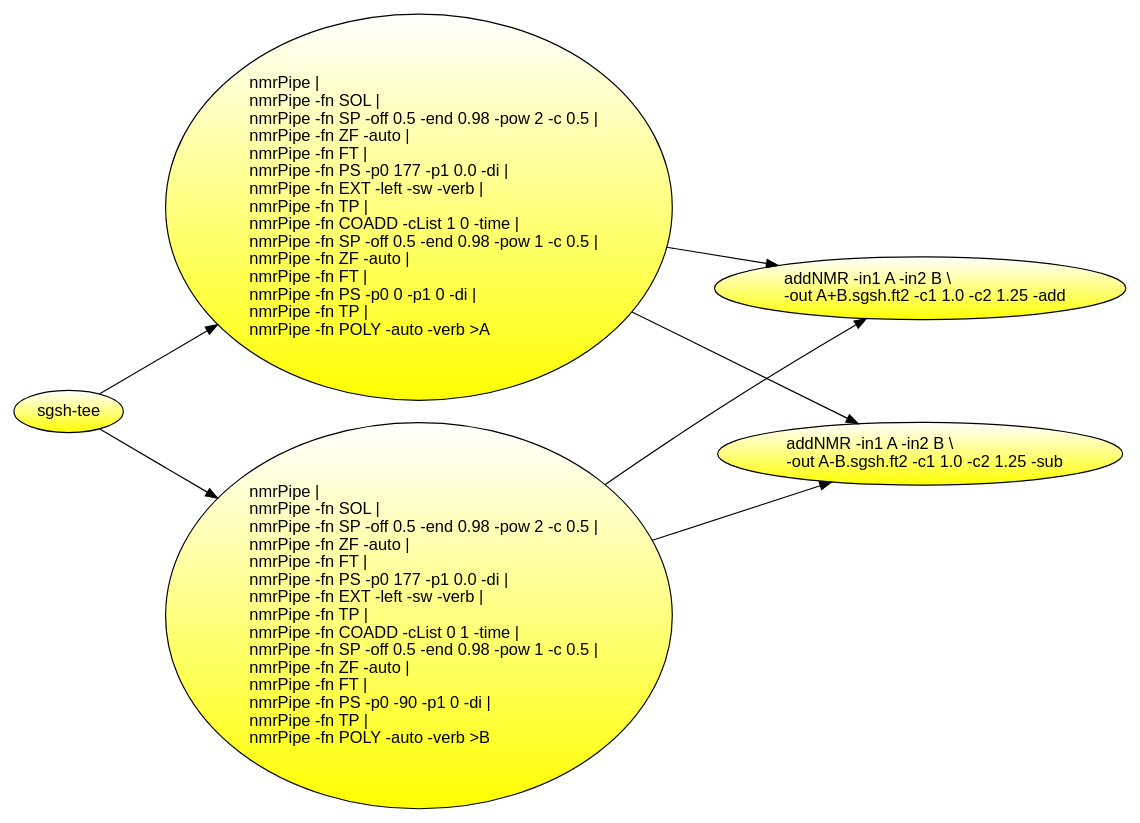
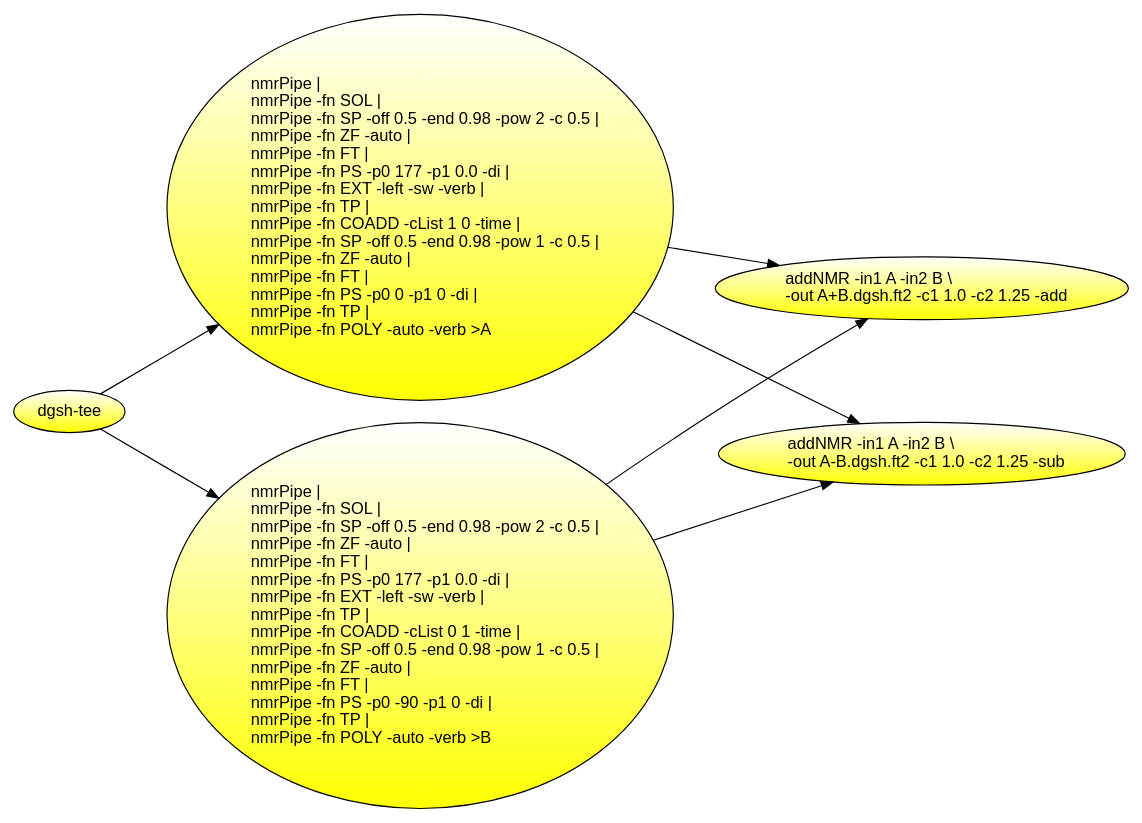
One commit to dspinellis/dgsh changed the diagram in diagram/NMRPipe-pretty-full.dot. Above: the diagram before and after it, drawn with Graphviz. The commit also changed 253 other files, not shown here.

First line of the commit message:
Rename sgsh into dgsh

```diff
--- a/diagram/NMRPipe-pretty-full.dot
+++ b/diagram/NMRPipe-pretty-full.dot
@@ -1,17 +1,17 @@
 
 	digraph "" {
 		rankdir = LR;
 		node [fontname="Arial", gradientangle="90", style="filled"];
 		edge [];
-		node_tee_0 [id="node_tee_0", label="sgsh-tee ", shape="ellipse", fillcolor="yellow:white"];
+		node_tee_0 [id="node_tee_0", label="dgsh-tee ", shape="ellipse", fillcolor="yellow:white"];
 	node_cmd_0_0_0 [id="node_cmd_0_0_0", label="nmrPipe |\lnmrPipe -fn SOL |\lnmrPipe -fn SP -off 0.5 -end 0.98 -pow 2 -c 0.5 |\lnmrPipe -fn ZF -auto |\lnmrPipe -fn FT |\lnmrPipe -fn PS -p0 177 -p1 0.0 -di |\lnmrPipe -fn EXT -left -sw -verb |\lnmrPipe -fn TP |\lnmrPipe -fn COADD -cList 1 0 -time |\lnmrPipe -fn SP -off 0.5 -end 0.98 -pow 1 -c 0.5 |\lnmrPipe -fn ZF -auto |\lnmrPipe -fn FT |\lnmrPipe -fn PS -p0 0 -p1 0 -di |\lnmrPipe -fn TP |\lnmrPipe -fn POLY -auto -verb >A\l", shape="ellipse", fillcolor="yellow:white"];
 	node_cmd_0_1_0 [id="node_cmd_0_1_0", label="nmrPipe |\lnmrPipe -fn SOL |\lnmrPipe -fn SP -off 0.5 -end 0.98 -pow 2 -c 0.5 |\lnmrPipe -fn ZF -auto |\lnmrPipe -fn FT |\lnmrPipe -fn PS -p0 177 -p1 0.0 -di |\lnmrPipe -fn EXT -left -sw -verb |\lnmrPipe -fn TP |\lnmrPipe -fn COADD -cList 0 1 -time |\lnmrPipe -fn SP -off 0.5 -end 0.98 -pow 1 -c 0.5 |\lnmrPipe -fn ZF -auto |\lnmrPipe -fn FT |\lnmrPipe -fn PS -p0 -90 -p1 0 -di |\lnmrPipe -fn TP |\lnmrPipe -fn POLY -auto -verb >B\l", shape="ellipse", fillcolor="yellow:white"];
-	node_cmd_0_2_0 [id="node_cmd_0_2_0", label="addNMR -in1 A -in2 B \\\l-out A+B.sgsh.ft2 -c1 1.0 -c2 1.25 -add\l", shape="ellipse", fillcolor="yellow:white"];
-	node_cmd_0_3_0 [id="node_cmd_0_3_0", label="addNMR -in1 A -in2 B \\\l-out A-B.sgsh.ft2 -c1 1.0 -c2 1.25 -sub\l", shape="ellipse", fillcolor="yellow:white"];
+	node_cmd_0_2_0 [id="node_cmd_0_2_0", label="addNMR -in1 A -in2 B \\\l-out A+B.dgsh.ft2 -c1 1.0 -c2 1.25 -add\l", shape="ellipse", fillcolor="yellow:white"];
+	node_cmd_0_3_0 [id="node_cmd_0_3_0", label="addNMR -in1 A -in2 B \\\l-out A-B.dgsh.ft2 -c1 1.0 -c2 1.25 -sub\l", shape="ellipse", fillcolor="yellow:white"];
 	node_tee_0 -> node_cmd_0_1_0 [id="npi-0.1.0"];
 	node_tee_0 -> node_cmd_0_0_0 [id="npi-0.0.0"];
 	node_cmd_0_0_0 -> node_cmd_0_3_0 [id="npfo-A2.0"];
 	node_cmd_0_0_0 -> node_cmd_0_2_0 [id="npfo-A1.0"];
 	node_cmd_0_1_0 -> node_cmd_0_2_0 [id="npfo-B1.0"];
 	node_cmd_0_1_0 -> node_cmd_0_3_0 [id="npfo-B2.0"];
 }
```
